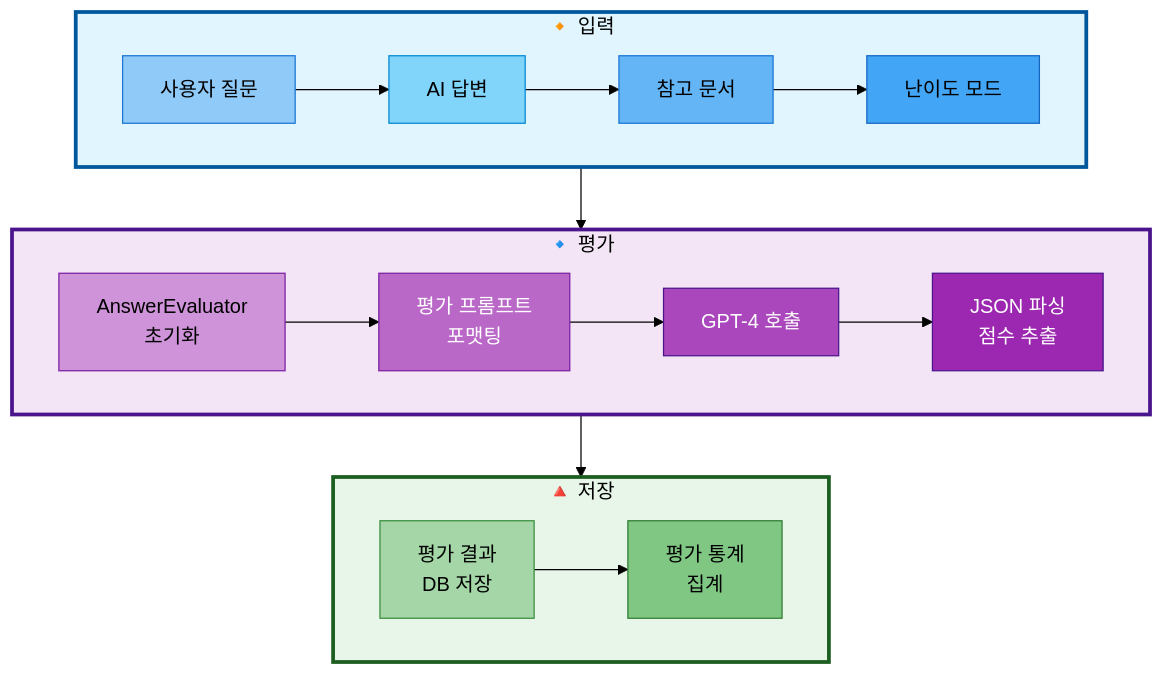
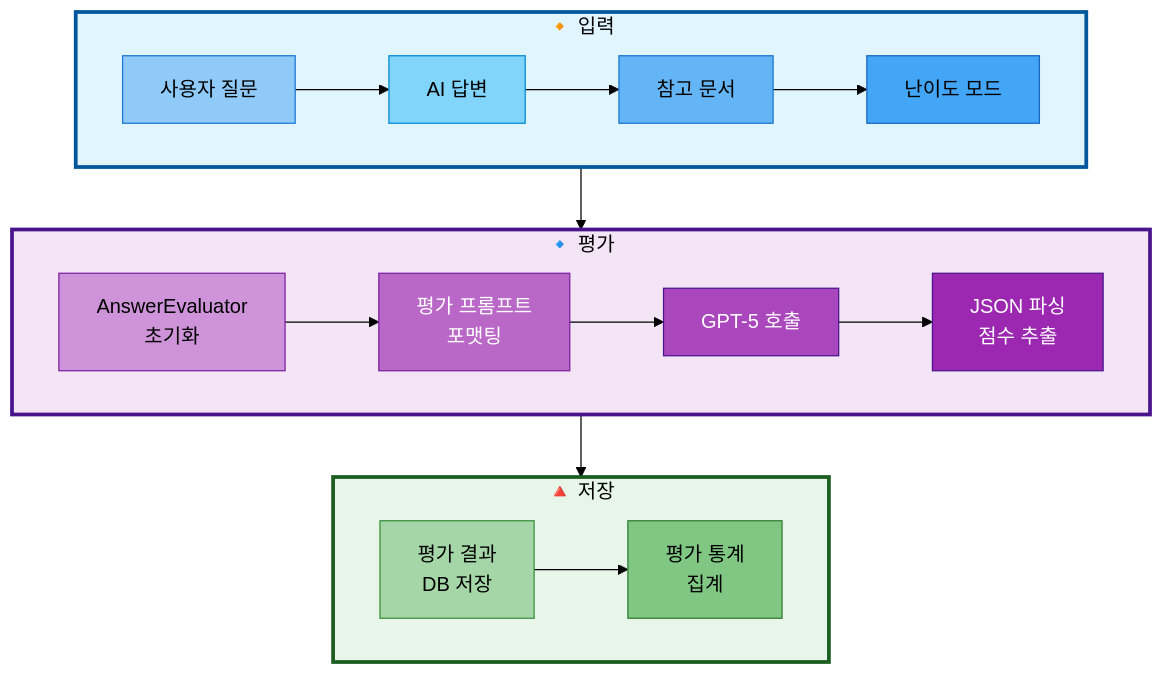
One commit to AIBootcamp14/langchainproject-new-langchainproject_5 changed the diagram in docs/modularization/11_성능평가시스템.md. Above: the diagram before and after it, drawn with Mermaid (forest theme). The commit also changed other lines of this file, not shown here.

````diff
--- a/docs/modularization/11_성능평가시스템.md
+++ b/docs/modularization/11_성능평가시스템.md
@@ -24,45 +24,45 @@
 ```mermaid
 graph TB
     subgraph Input["🔸 입력"]
         direction LR
         A[사용자 질문] --> B[AI 답변]
         B --> C[참고 문서]
         C --> D[난이도 모드]
     end
 
     subgraph Eval["🔹 평가"]
         direction LR
         E[AnswerEvaluator<br/>초기화] --> F[평가 프롬프트<br/>포맷팅]
-        F --> G[GPT-4 호출]
+        F --> G[GPT-5 호출]
         G --> H[JSON 파싱<br/>점수 추출]
     end
 
     subgraph Storage["🔺 저장"]
         direction LR
         I[평가 결과<br/>DB 저장] --> J[평가 통계<br/>집계]
     end
 
     Input --> Eval
     Eval --> Storage
 
     %% Subgraph 스타일
     style Input fill:#e1f5ff,stroke:#01579b,stroke-width:3px,color:#000
     style Eval fill:#f3e5f5,stroke:#4a148c,stroke-width:3px,color:#000
     style Storage fill:#e8f5e9,stroke:#1b5e20,stroke-width:3px,color:#000
 
     %% 노드 스타일 (입력 - 파랑 계열)
     style A fill:#90caf9,stroke:#1976d2,color:#000
     style B fill:#81d4fa,stroke:#0288d1,color:#000
     style C fill:#64b5f6,stroke:#1976d2,color:#000
     style D fill:#42a5f5,stroke:#1565c0,color:#000
 
     %% 노드 스타일 (평가 - 보라 계열)
     style E fill:#ce93d8,stroke:#7b1fa2,color:#000
     style F fill:#ba68c8,stroke:#7b1fa2,color:#fff
     style G fill:#ab47bc,stroke:#4a148c,color:#fff
     style H fill:#9c27b0,stroke:#4a148c,color:#fff
 
     %% 노드 스타일 (저장 - 녹색 계열)
     style I fill:#a5d6a7,stroke:#388e3c,color:#000
     style J fill:#81c784,stroke:#2e7d32,color:#000
 ```
````
